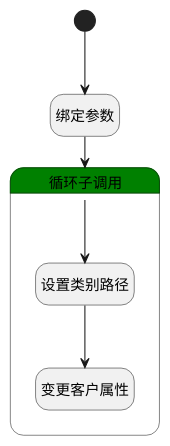
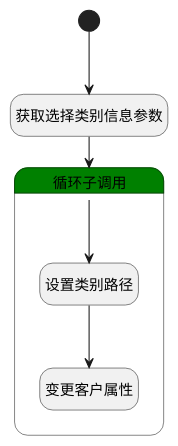
Before and after one commit to iBizLab/plm: the diagram in doc/docsify/module/ProdMgmt/customer/logic/add_categories.md, drawn with PlantUML. The commit also changed other lines of this file and 1068 other files, not shown here.

````diff
--- a/doc/docsify/module/ProdMgmt/customer/logic/add_categories.md
+++ b/doc/docsify/module/ProdMgmt/customer/logic/add_categories.md
@@ -7,26 +7,26 @@
 ```plantuml
 @startuml
 hide empty description
 <style>
 root {
   HyperlinkColor #42b983
 }
 </style>
 
 hide empty description
 state "开始" as Begin <<start>> [[$./add_categories#begin {"开始"}]]
-state "绑定参数" as BINDPARAM1  [[$./add_categories#bindparam1 {"绑定参数"}]]
+state "获取选择类别信息参数" as BINDPARAM1  [[$./add_categories#bindparam1 {"获取选择类别信息参数"}]]
 state "循环子调用" as LOOPSUBCALL1  [[$./add_categories#loopsubcall1 {"循环子调用"}]] #green {
 state "设置类别路径" as PREPAREPARAM2  [[$./add_categories#prepareparam2 {"设置类别路径"}]]
 state "变更客户属性" as DEACTION1  [[$./add_categories#deaction1 {"变更客户属性"}]]
 }
 
 
 Begin --> BINDPARAM1
 BINDPARAM1 --> LOOPSUBCALL1
 LOOPSUBCALL1 --> PREPAREPARAM2
 PREPAREPARAM2 --> DEACTION1
 
 
 @enduml
 ```
````
